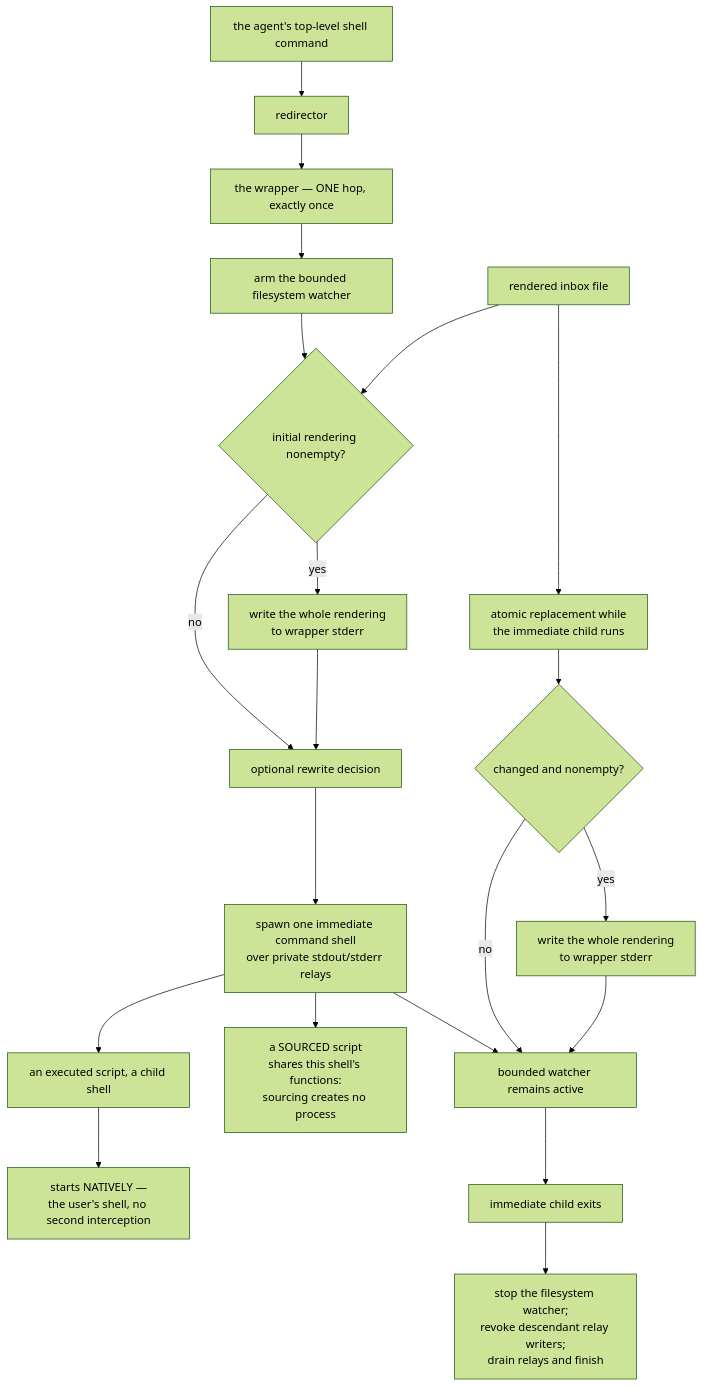
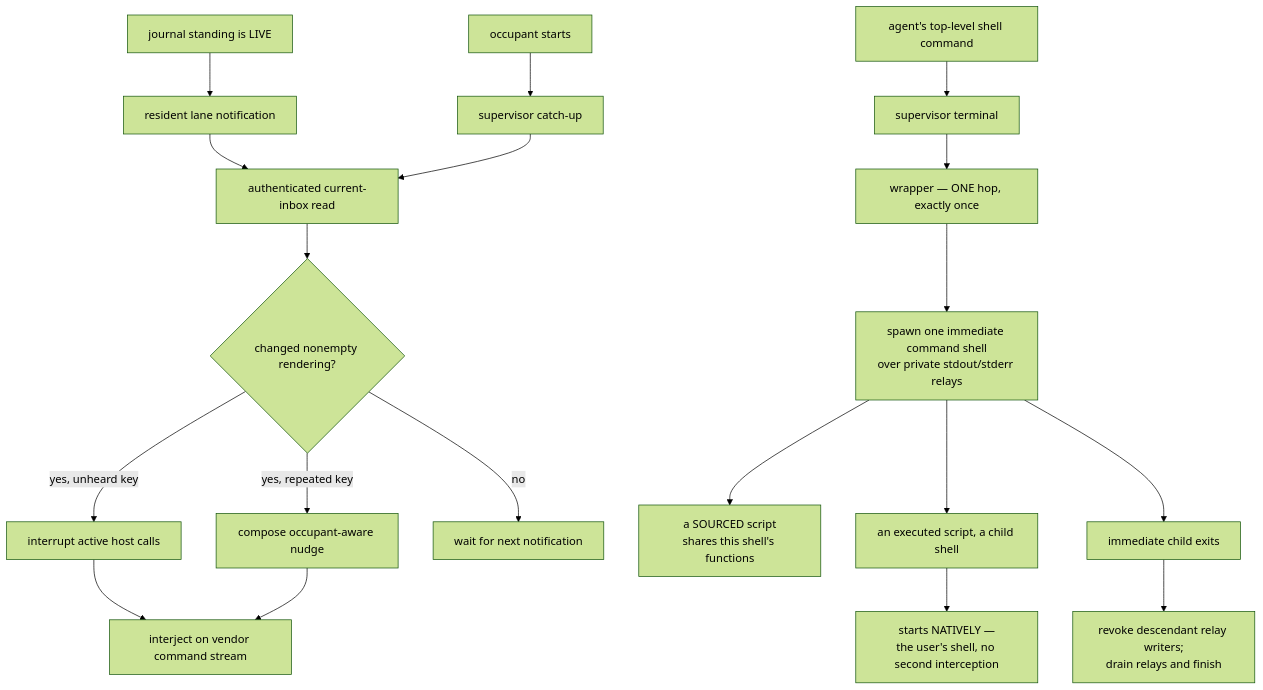
The fifth of 9 diagrams in docs/product/planes/hooks.md (infimalabs/spice-rust), drawn with Mermaid (forest theme) before and after one commit. The commit also changed other lines of this file and 95 other files, not shown here.

````diff
--- a/docs/product/planes/hooks.md
+++ b/docs/product/planes/hooks.md
@@ -104,23 +104,21 @@
 ```mermaid
 flowchart TD
-  A["the agent's top-level shell command"] --> R["redirector"]
-  R --> W["the wrapper — ONE hop, exactly once"]
-  W --> P["arm the bounded filesystem watcher"]
-  P --> Q{"initial rendering nonempty?"}
-  I["rendered inbox file"] --> Q
-  Q -- yes --> S["write the whole rendering<br/>to wrapper stderr"]
-  Q -- no --> RW["optional rewrite decision"]
-  S --> RW
-  RW --> C["spawn one immediate command shell<br/>over private stdout/stderr relays"]
-  C --> L["bounded watcher remains active"]
-  I --> U["atomic replacement while<br/>the immediate child runs"]
-  U --> CH{"changed and nonempty?"}
-  CH -- yes --> E["write the whole rendering<br/>to wrapper stderr"]
-  CH -- no --> L
-  E --> L
-  C --> SRC["a SOURCED script<br/>shares this shell's functions:<br/>sourcing creates no process"]
-  C --> EX["an executed script, a child shell"]
+  J["journal standing is LIVE"] --> N["resident lane notification"]
+  O["occupant starts"] --> C["supervisor catch-up"]
+  N --> R["authenticated current-inbox read"]
+  C --> R
+  R --> D{"changed nonempty rendering?"}
+  D -- yes, unheard key --> I["interrupt active host calls"]
+  I --> S["interject on vendor command stream"]
+  D -- yes, repeated key --> U["compose occupant-aware nudge"]
+  U --> S
+  D -- no --> W["wait for next notification"]
+  A["agent's top-level shell command"] --> T["supervisor terminal"]
+  T --> X["wrapper — ONE hop, exactly once"]
+  X --> P["spawn one immediate command shell<br/>over private stdout/stderr relays"]
+  P --> SRC["a SOURCED script<br/>shares this shell's functions"]
+  P --> EX["an executed script, a child shell"]
   EX --> NAT["starts NATIVELY —<br/>the user's shell, no second interception"]
-  L --> X["immediate child exits"]
-  X --> V["stop the filesystem watcher;<br/>revoke descendant relay writers;<br/>drain relays and finish"]
+  P --> F["immediate child exits"]
+  F --> V["revoke descendant relay writers;<br/>drain relays and finish"]
 ```
````
